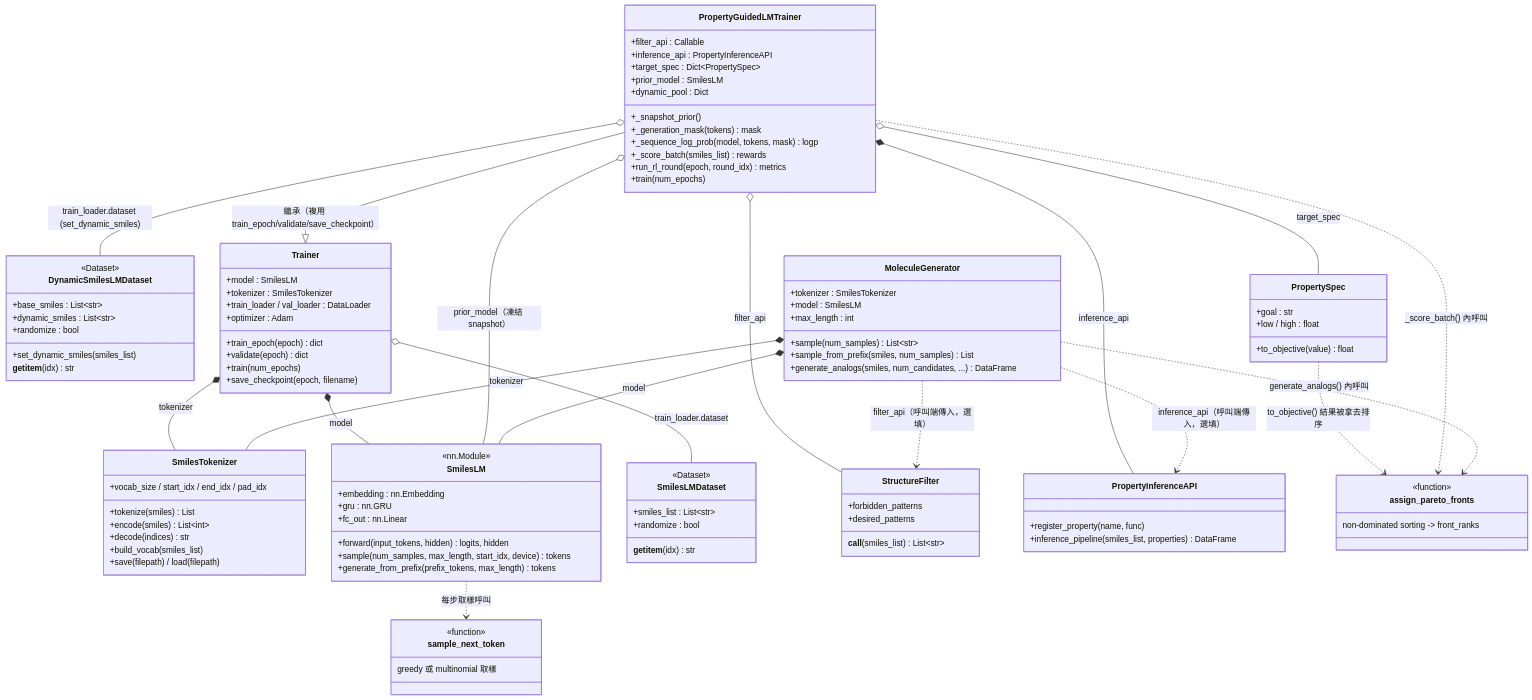
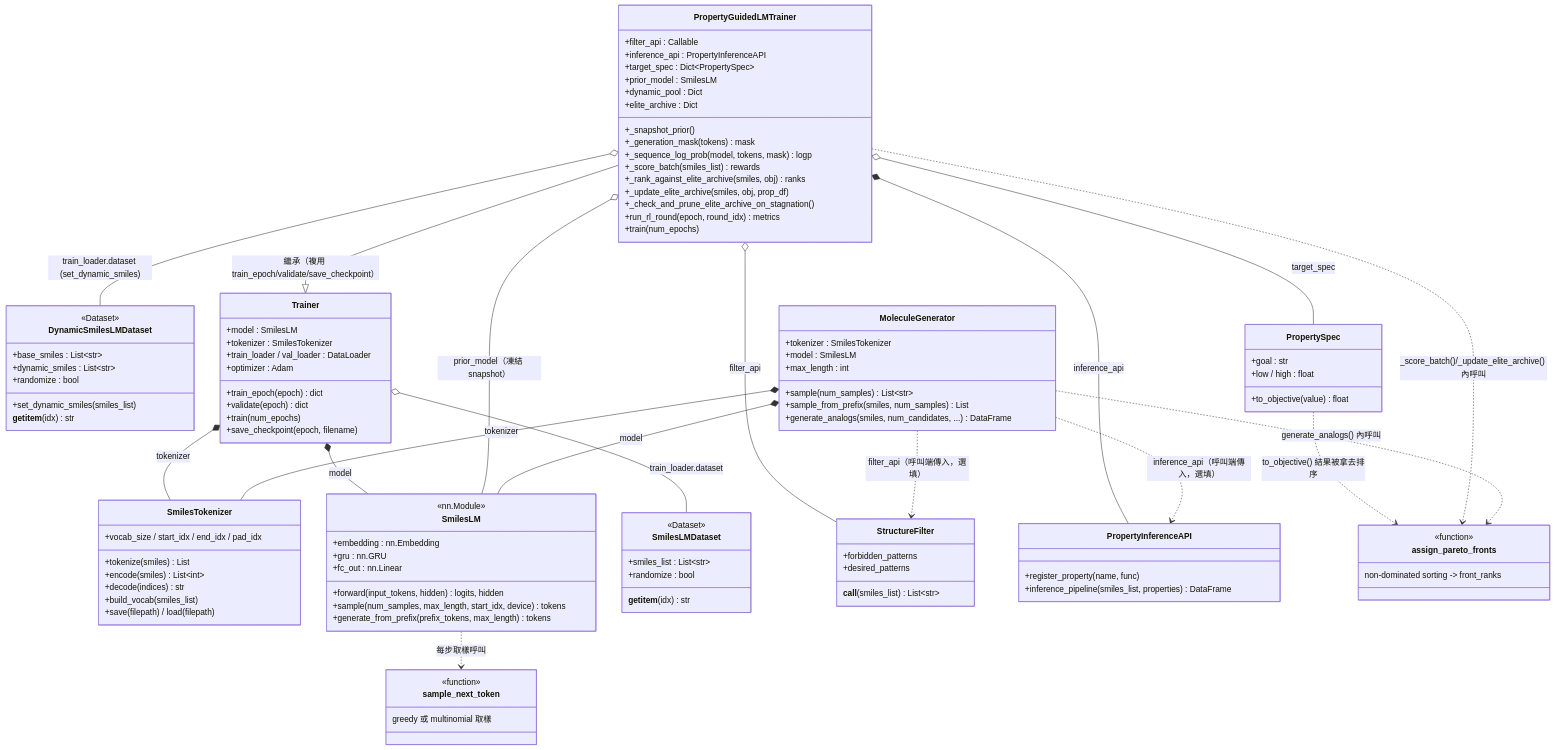
Before and after one commit to Lung-Yi/gruvae: the second of 2 diagrams in reinvent_lm/README.md, drawn with Mermaid. The commit also changed other lines of this file, not shown here.

```diff
--- a/reinvent_lm/README.md
+++ b/reinvent_lm/README.md
@@ -269,10 +275,14 @@
         +target_spec : Dict~PropertySpec~
         +prior_model : SmilesLM
         +dynamic_pool : Dict
+        +elite_archive : Dict
         +_snapshot_prior()
         +_generation_mask(tokens) mask
         +_sequence_log_prob(model, tokens, mask) logp
         +_score_batch(smiles_list) rewards
+        +_rank_against_elite_archive(smiles, obj) ranks
+        +_update_elite_archive(smiles, obj, prop_df)
+        +_check_and_prune_elite_archive_on_stagnation()
         +run_rl_round(epoch, round_idx) metrics
         +train(num_epochs)
     }
@@ -280,7 +290,7 @@
     PropertyGuidedLMTrainer o-- StructureFilter : filter_api
     PropertyGuidedLMTrainer *-- PropertyInferenceAPI : inference_api
     PropertyGuidedLMTrainer o-- PropertySpec : target_spec
-    PropertyGuidedLMTrainer ..> assign_pareto_fronts : _score_batch() 內呼叫
+    PropertyGuidedLMTrainer ..> assign_pareto_fronts : _score_batch()/_update_elite_archive() 內呼叫
     PropertyGuidedLMTrainer o-- SmilesLM : prior_model（凍結 snapshot）
     PropertyGuidedLMTrainer o-- DynamicSmilesLMDataset : train_loader.dataset (set_dynamic_smiles)
 
```
